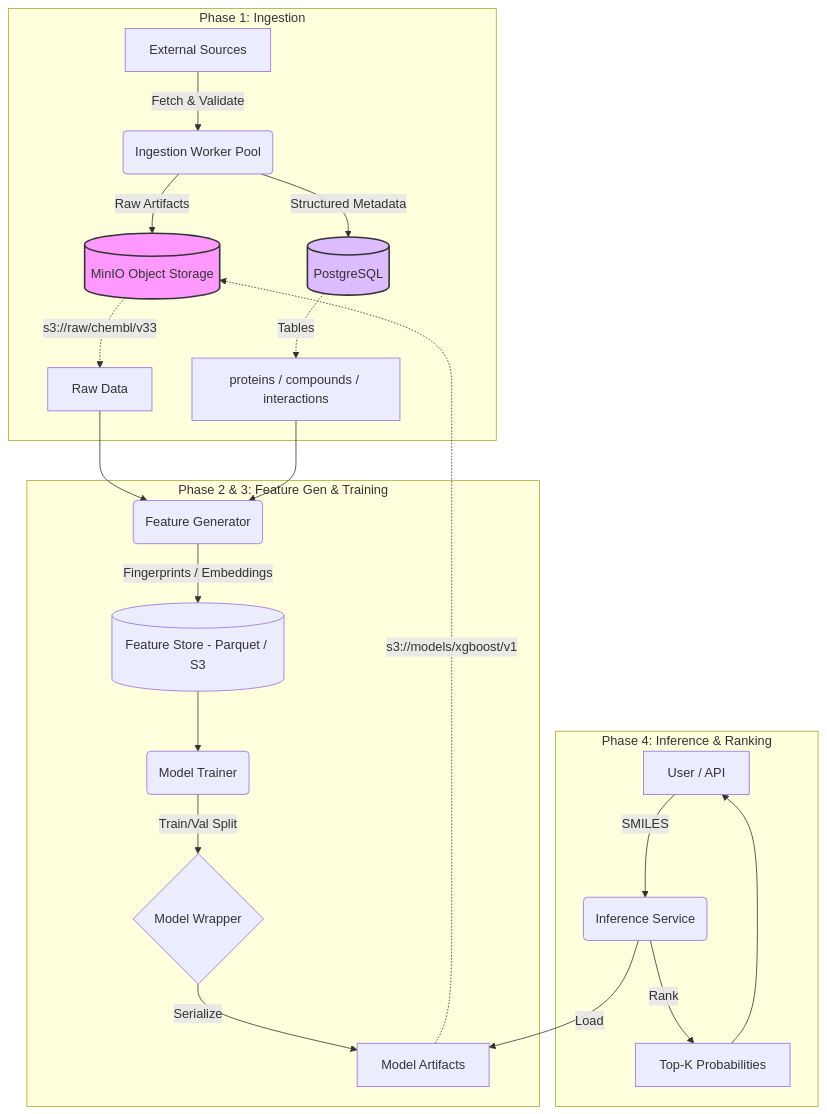
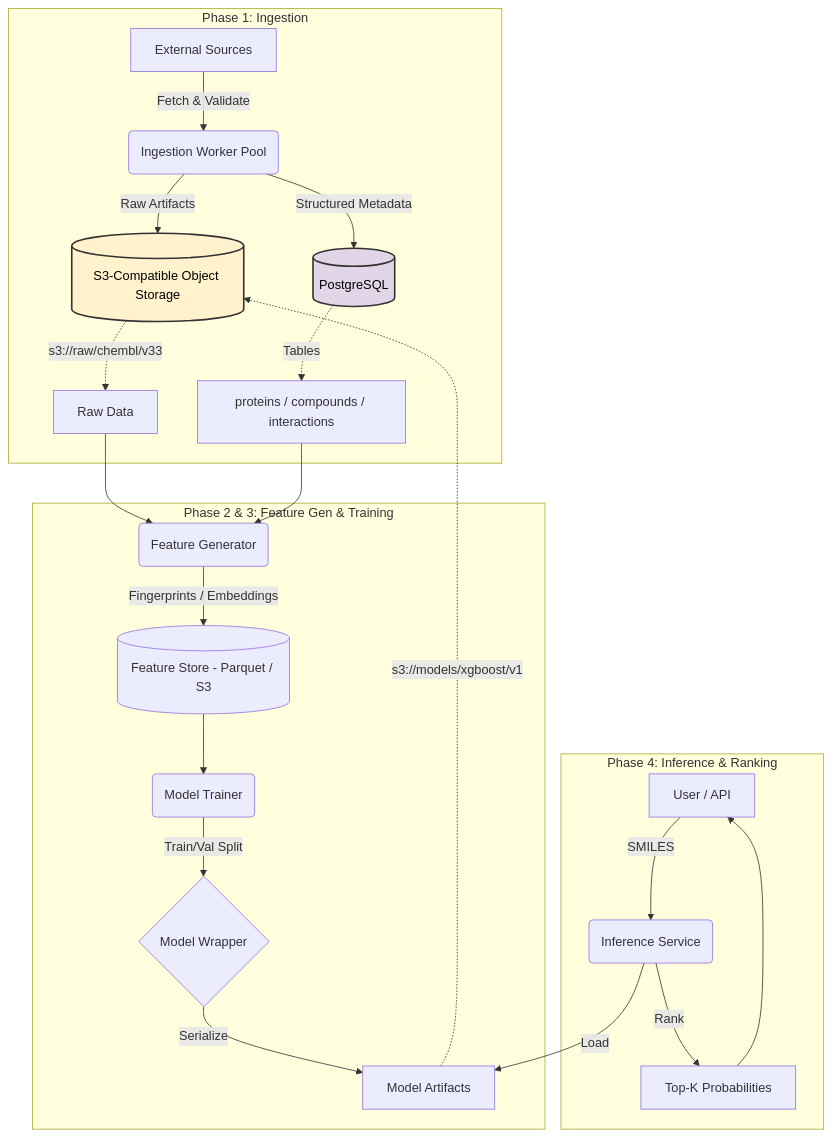
Before and after one commit to sphoortimirji5/Biological-Molecular-Interaction-Intelligence: the diagram in README.md, drawn with Mermaid. The commit also changed other lines of this file and 12 other files, not shown here.

````diff
--- a/README.md
+++ b/README.md
@@ -17,33 +17,33 @@
 ```mermaid
 graph TD
     subgraph "Phase 1: Ingestion"
         A[External Sources] -->|Fetch & Validate| B(Ingestion Worker Pool)
-        B -->|Raw Artifacts| C[(MinIO Object Storage)]
+        B -->|Raw Artifacts| C[(S3-Compatible Object Storage)]
         B -->|Structured Metadata| D[(PostgreSQL)]
         
         C -.->|s3://raw/chembl/v33| C1[Raw Data]
         D -.->|Tables| D1[proteins / compounds / interactions]
     end
 
     subgraph "Phase 2 & 3: Feature Gen & Training"
         C1 --> E(Feature Generator)
         D1 --> E
         
         E -->|Fingerprints / Embeddings| F[(Feature Store - Parquet / S3)]
         F --> G(Model Trainer)
         
         G -->|Train/Val Split| H{Model Wrapper}
         H -->|Serialize| I[Model Artifacts]
         I -.->|s3://models/xgboost/v1| C
     end
 
     subgraph "Phase 4: Inference & Ranking"
         J[User / API] -->|SMILES| K(Inference Service)
         K -->|Load| I
         K -->|Rank| L[Top-K Probabilities]
         L --> J
     end
     
-    style C fill:#f9f,stroke:#333,stroke-width:2px
-    style D fill:#dbf,stroke:#333,stroke-width:2px
+    style C fill:#fff2cc,stroke:#333,stroke-width:2px,color:#000
+    style D fill:#e1d5e7,stroke:#333,stroke-width:2px,color:#000
 ```
````
